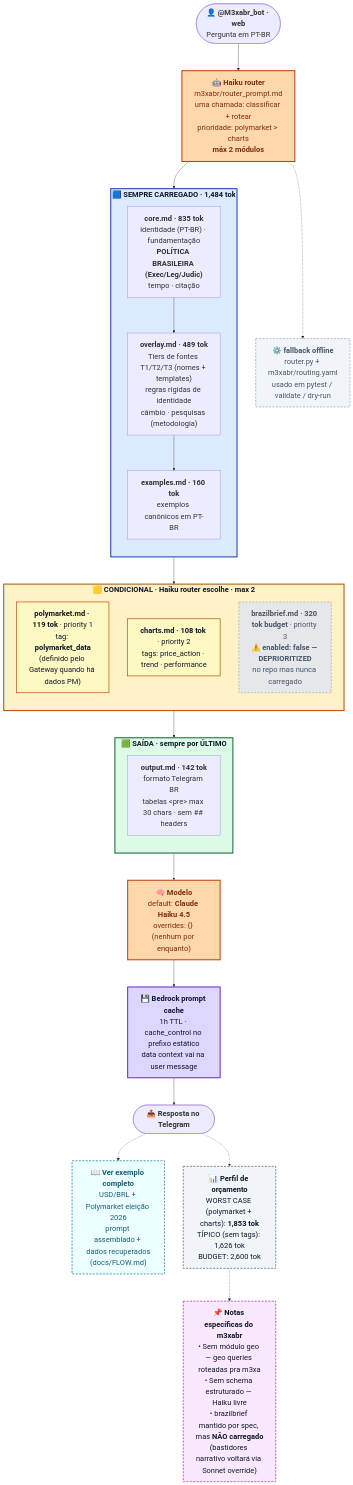
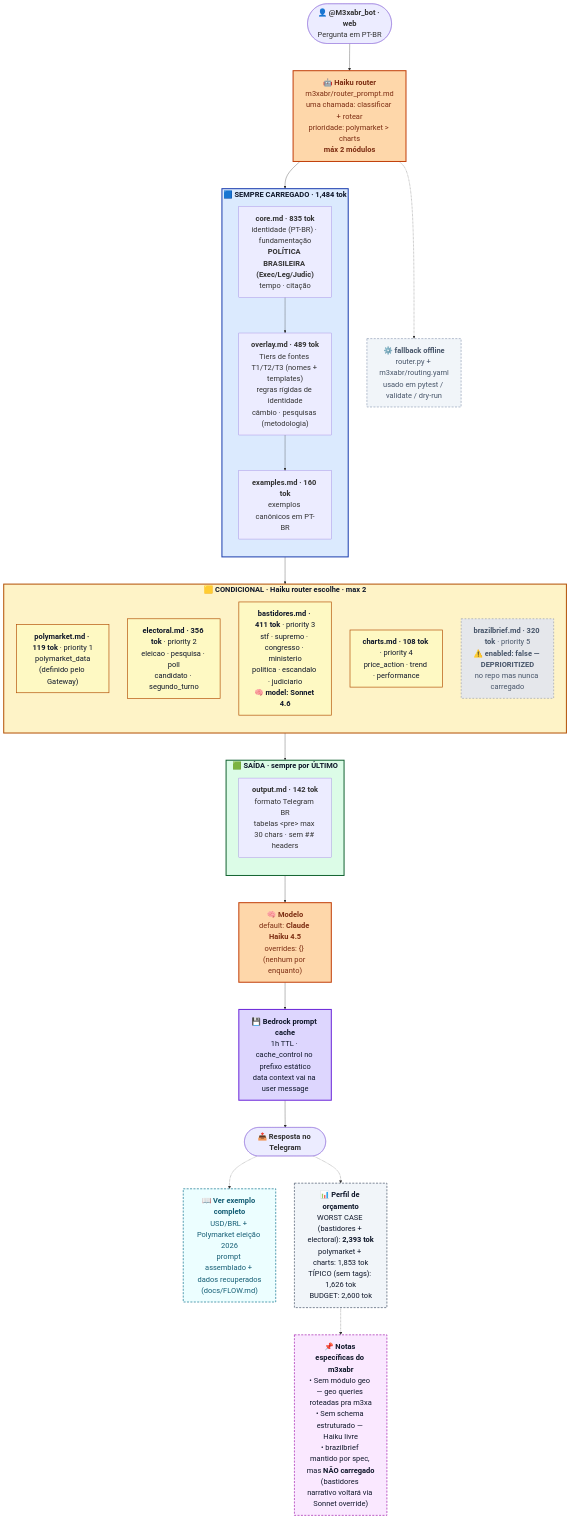
The third of 3 diagrams in README.md (prcodex/version3-), drawn with Mermaid before and after one commit. The commit also changed other lines of this file and 11 other files, not shown here.

````diff
--- a/README.md
+++ b/README.md
@@ -176,65 +191,71 @@
 ```mermaid
 %%{init: {'theme': 'default', 'themeVariables': {'fontSize': '22px', 'fontFamily': 'Inter, system-ui, -apple-system, sans-serif'}, 'flowchart': {'htmlLabels': true, 'curve': 'basis', 'nodeSpacing': 55, 'rankSpacing': 80, 'padding': 18}}}%%
 flowchart TB
     BOT(["<b>👤 @M3xabr_bot · web</b><br/>Pergunta em PT-BR"]) --> RTR["<b>🤖 Haiku router</b><br/>m3xabr/router_prompt.md<br/>uma chamada: classificar + rotear<br/>prioridade: polymarket &gt; charts<br/><b>máx 2 módulos</b>"]
     RTR -.-> FALL["<b>⚙️ fallback offline</b><br/>router.py + m3xabr/routing.yaml<br/>usado em pytest / validate / dry-run"]
 
     subgraph ALWAYS["<b>🟦 SEMPRE CARREGADO · 1,484 tok</b>"]
         direction TB
         A1["<b>core.md · 835 tok</b><br/>identidade (PT-BR) · fundamentação<br/><b>POLÍTICA BRASILEIRA (Exec/Leg/Judic)</b><br/>tempo · citação"]
         A2["<b>overlay.md · 489 tok</b><br/>Tiers de fontes T1/T2/T3 (nomes + templates)<br/>regras rígidas de identidade<br/>câmbio · pesquisas (metodologia)"]
         A3["<b>examples.md · 160 tok</b><br/>exemplos canônicos em PT-BR"]
         A1 --> A2 --> A3
     end
 
     subgraph COND["<b>🟨 CONDICIONAL · Haiku router escolhe · max 2</b>"]
         direction TB
-        P["<b>polymarket.md · 119 tok</b> · priority 1<br/>tag: <b>polymarket_data</b><br/>(definido pelo Gateway quando há dados PM)"]
-        CH["<b>charts.md · 108 tok</b> · priority 2<br/>tags: price_action · trend · performance"]
-        BB["<b>brazilbrief.md · 320 tok budget</b> · priority 3<br/><b>⚠️ enabled: false — DEPRIORITIZED</b><br/>no repo mas nunca carregado"]
+        P["<b>polymarket.md · 119 tok</b> · priority 1<br/>polymarket_data<br/>(definido pelo Gateway)"]
+        EL["<b>electoral.md · 356 tok</b> · priority 2<br/>eleicao · pesquisa · poll<br/>candidato · segundo_turno"]
+        BA["<b>bastidores.md · 411 tok</b> · priority 3<br/>stf · supremo · congresso · ministerio<br/>politica · escandalo · judiciario<br/><b>🧠 model: Sonnet 4.6</b>"]
+        CH["<b>charts.md · 108 tok</b> · priority 4<br/>price_action · trend · performance"]
+        BB["<b>brazilbrief.md · 320 tok</b> · priority 5<br/><b>⚠️ enabled: false — DEPRIORITIZED</b><br/>no repo mas nunca carregado"]
     end
 
     subgraph OUTBLK["<b>🟩 SAÍDA · sempre por ÚLTIMO</b>"]
         direction TB
         OUT["<b>output.md · 142 tok</b><br/>formato Telegram BR<br/>tabelas &lt;pre&gt; max 30 chars · sem ## headers"]
     end
 
     RTR --> ALWAYS
     ALWAYS --> COND
     COND --> OUTBLK
     OUTBLK --> MODEL["<b>🧠 Modelo</b><br/>default: <b>Claude Haiku 4.5</b><br/>overrides: {} (nenhum por enquanto)"]
     MODEL --> CACHE["<b>💾 Bedrock prompt cache</b><br/>1h TTL · cache_control no prefixo estático<br/>data context vai na user message"]
     CACHE --> GEN(["<b>📤 Resposta no Telegram</b>"])
     GEN -.-> EX["<b>📖 Ver exemplo completo</b><br/>USD/BRL + Polymarket eleição 2026<br/>prompt assemblado + dados recuperados<br/>(docs/FLOW.md)"]
 
-    META["<b>📊 Perfil de orçamento</b><br/>WORST CASE (polymarket + charts): <b>1,853 tok</b><br/>TÍPICO (sem tags): 1,626 tok<br/>BUDGET: 2,600 tok"]
+    META["<b>📊 Perfil de orçamento</b><br/>WORST CASE (bastidores + electoral): <b>2,393 tok</b><br/>polymarket + charts: 1,853 tok<br/>TÍPICO (sem tags): 1,626 tok<br/>BUDGET: 2,600 tok"]
     GEN -.-> META
 
     NOTE["<b>📌 Notas específicas do m3xabr</b><br/>• Sem módulo geo — geo queries roteadas pra m3xa<br/>• Sem schema estruturado — Haiku livre<br/>• brazilbrief mantido por spec, mas <b>NÃO carregado</b><br/>(bastidores narrativo voltará via Sonnet override)"]
     META -.-> NOTE
 
     click A1 "https://github.com/prcodex/version3-/blob/main/m3xabr/souls/core.md" _blank
     click A2 "https://github.com/prcodex/version3-/blob/main/m3xabr/souls/overlay.md" _blank
     click A3 "https://github.com/prcodex/version3-/blob/main/m3xabr/souls/examples.md" _blank
     click P "https://github.com/prcodex/version3-/blob/main/m3xabr/souls/modules/polymarket.md" _blank
     click CH "https://github.com/prcodex/version3-/blob/main/m3xabr/souls/modules/charts.md" _blank
     click BB "https://github.com/prcodex/version3-/blob/main/m3xabr/souls/modules/brazilbrief.md" _blank
     click OUT "https://github.com/prcodex/version3-/blob/main/m3xabr/souls/output.md" _blank
     click RTR "https://github.com/prcodex/version3-/blob/main/m3xabr/router_prompt.md" _blank
     click FALL "https://github.com/prcodex/version3-/blob/main/m3xabr/routing.yaml" _blank
     click EX "https://github.com/prcodex/version3-/blob/main/docs/FLOW.md#concrete-example-for-m3xabr" _blank
+    click EL "https://github.com/prcodex/version3-/blob/main/m3xabr/souls/modules/electoral.md" _blank
+    click BA "https://github.com/prcodex/version3-/blob/main/m3xabr/souls/modules/bastidores.md" _blank
 
     style ALWAYS fill:#dbeafe,stroke:#1e40af,stroke-width:3px,color:#0f172a
     style COND fill:#fef3c7,stroke:#b45309,stroke-width:3px,color:#0f172a
     style OUTBLK fill:#dcfce7,stroke:#166534,stroke-width:3px,color:#0f172a
     style MODEL fill:#fed7aa,stroke:#c2410c,stroke-width:3px,color:#7c2d12
     style CACHE fill:#ddd6fe,stroke:#6d28d9,stroke-width:3px,color:#0f172a
     style META fill:#f1f5f9,stroke:#475569,stroke-width:2px,stroke-dasharray:6 4,color:#0f172a
     style NOTE fill:#fae8ff,stroke:#a21caf,stroke-width:2px,stroke-dasharray:6 4,color:#0f172a
     style P fill:#fef9c3,stroke:#b45309,stroke-width:2px,color:#0f172a
     style CH fill:#fef9c3,stroke:#b45309,stroke-width:2px,color:#0f172a
     style BB fill:#e5e7eb,stroke:#9ca3af,stroke-width:2px,stroke-dasharray:5 5,color:#475569
+    style EL fill:#fef9c3,stroke:#b45309,stroke-width:2px,color:#0f172a
+    style BA fill:#fef9c3,stroke:#b45309,stroke-width:2px,color:#0f172a
     style RTR fill:#fed7aa,stroke:#c2410c,stroke-width:3px,color:#7c2d12
     style FALL fill:#f1f5f9,stroke:#94a3b8,stroke-width:2px,stroke-dasharray:6 4,color:#475569
     style EX fill:#ecfeff,stroke:#0e7490,stroke-width:2px,stroke-dasharray:6 4,color:#155e75
 ```
````
